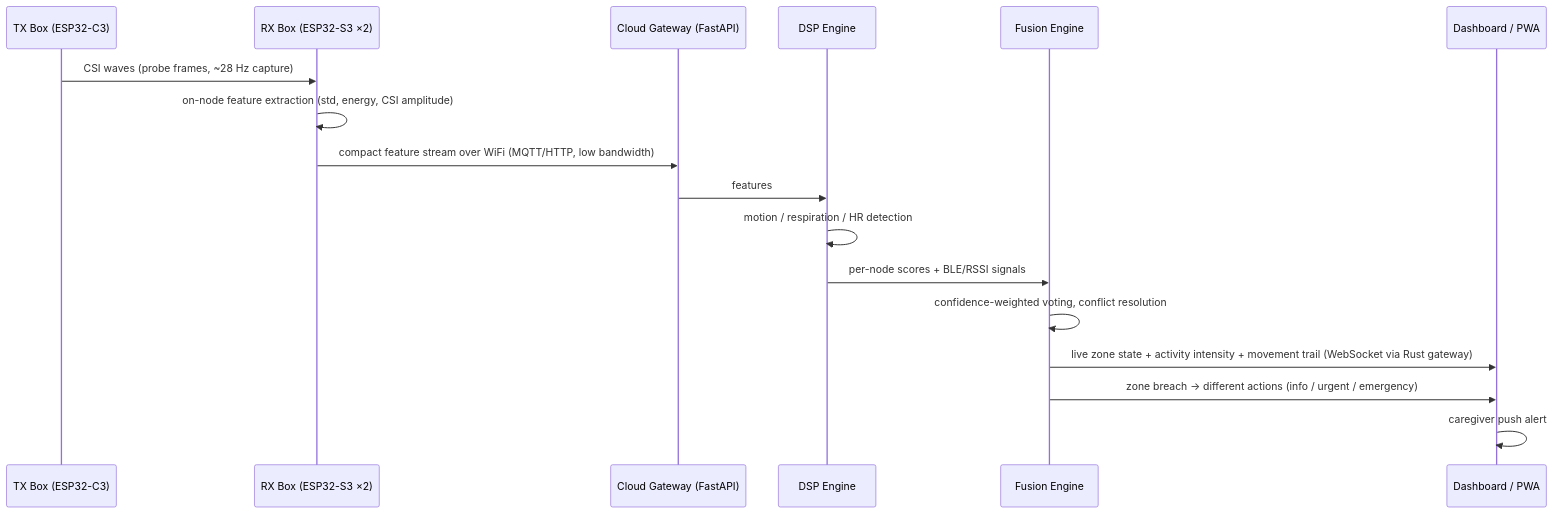
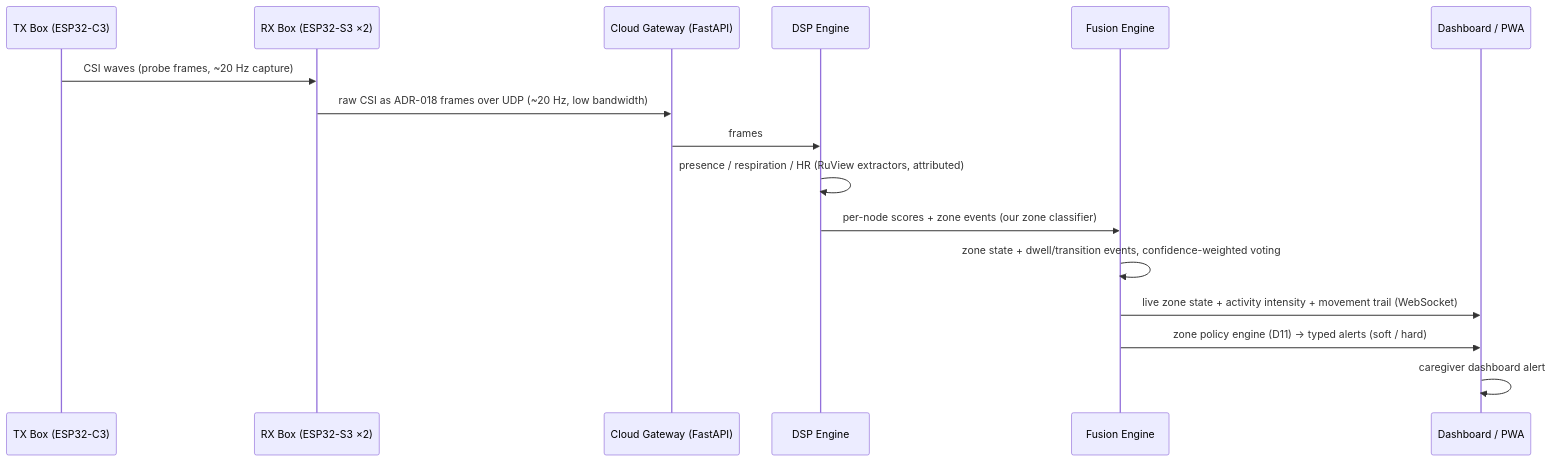
Before and after one commit to patchyevolve/wallsight: the fourth of 5 diagrams in PROJECT_BRIEF.md, drawn with Mermaid. The commit also changed other lines of this file and 5 other files, not shown here.

````diff
--- a/PROJECT_BRIEF.md
+++ b/PROJECT_BRIEF.md
@@ -303,20 +327,19 @@
 ```mermaid
 sequenceDiagram
     participant TX as TX Box (ESP32-C3)
     participant RX as RX Box (ESP32-S3 ×2)
     participant GW as Cloud Gateway (FastAPI)
     participant DSP as DSP Engine
     participant FUS as Fusion Engine
     participant APP as Dashboard / PWA
 
-    TX->>RX: CSI waves (probe frames, ~28 Hz capture)
-    RX->>RX: on-node feature extraction (std, energy, CSI amplitude)
-    RX->>GW: compact feature stream over WiFi (MQTT/HTTP, low bandwidth)
-    GW->>DSP: features
-    DSP->>DSP: motion / respiration / HR detection
-    DSP->>FUS: per-node scores + BLE/RSSI signals
-    FUS->>FUS: confidence-weighted voting, conflict resolution
-    FUS->>APP: live zone state + activity intensity + movement trail (WebSocket via Rust gateway)
-    FUS->>APP: zone breach → different actions (info / urgent / emergency)
-    APP->>APP: caregiver push alert
+    TX->>RX: CSI waves (probe frames, ~20 Hz capture)
+    RX->>GW: raw CSI as ADR-018 frames over UDP (~20 Hz, low bandwidth)
+    GW->>DSP: frames
+    DSP->>DSP: presence / respiration / HR (RuView extractors, attributed)
+    DSP->>FUS: per-node scores + zone events (our zone classifier)
+    FUS->>FUS: zone state + dwell/transition events, confidence-weighted voting
+    FUS->>APP: live zone state + activity intensity + movement trail (WebSocket)
+    FUS->>APP: zone policy engine (D11) → typed alerts (soft / hard)
+    APP->>APP: caregiver dashboard alert
 ```
````
